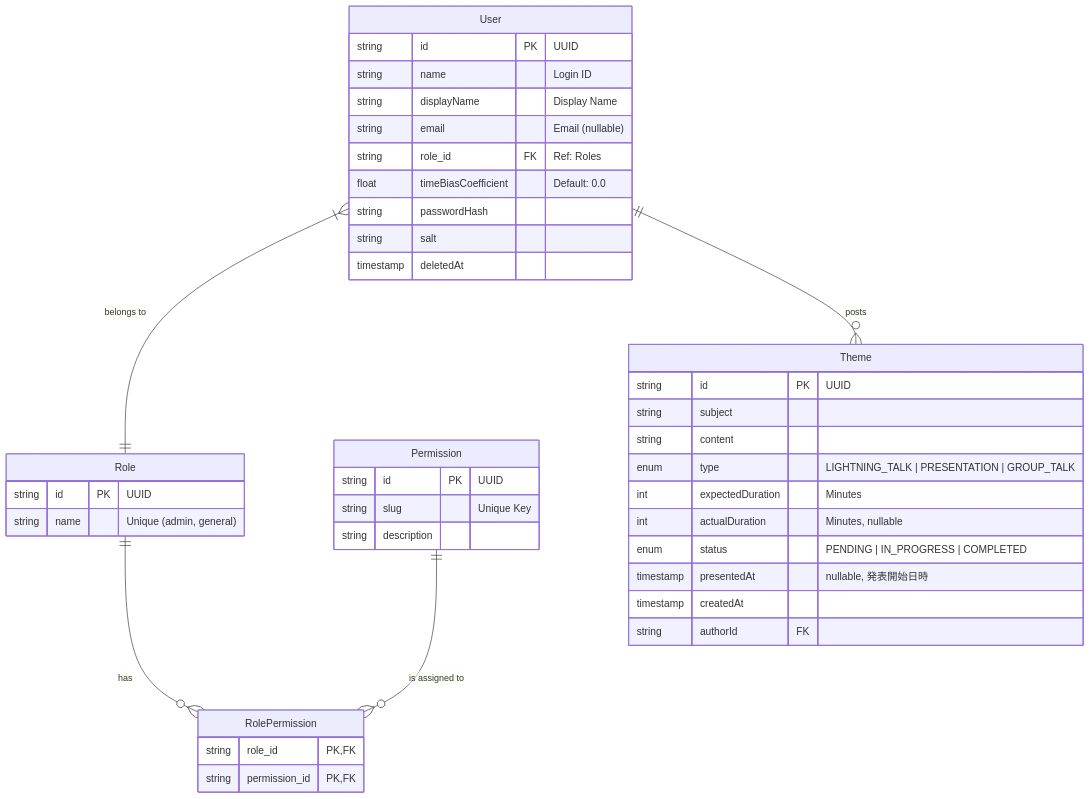
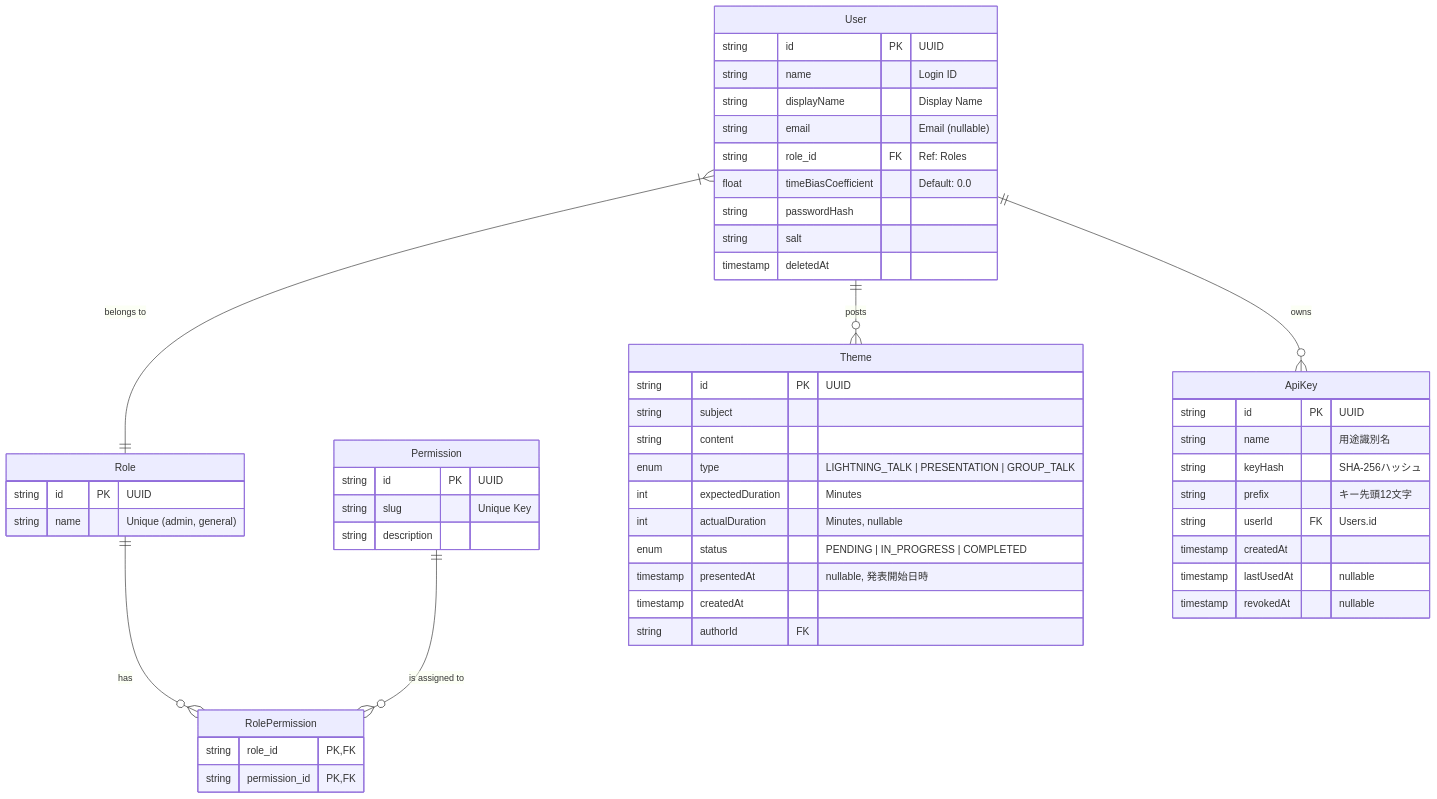
The diagram in doc/design.md (SaKaneko/omikuji-gum-talk-next), drawn with Mermaid before and after one commit. The commit also changed other lines of this file and 11 other files, not shown here.

````diff
--- a/doc/design.md
+++ b/doc/design.md
@@ -31,44 +31,55 @@
 ```mermaid
 erDiagram
     User }|--|| Role : "belongs to"
     Role ||--o{ RolePermission : "has"
     Permission ||--o{ RolePermission : "is assigned to"
     User ||--o{ Theme : "posts"
+    User ||--o{ ApiKey : "owns"
 
     User {
         string id PK "UUID"
         string name "Login ID"
         string displayName "Display Name"
         string email "Email (nullable)"
         string role_id FK "Ref: Roles"
         float timeBiasCoefficient "Default: 0.0"
         string passwordHash
         string salt
         timestamp deletedAt
     }
     Role {
         string id PK "UUID"
         string name "Unique (admin, general)"
     }
     Permission {
         string id PK "UUID"
         string slug "Unique Key"
         string description
     }
     RolePermission {
         string role_id PK, FK
         string permission_id PK, FK
     }
     Theme {
         string id PK "UUID"
         string subject
         string content
         enum type "LIGHTNING_TALK | PRESENTATION | GROUP_TALK"
         int expectedDuration "Minutes"
         int actualDuration "Minutes, nullable"
         enum status "PENDING | IN_PROGRESS | COMPLETED"
         timestamp presentedAt "nullable, 発表開始日時"
         timestamp createdAt
         string authorId FK
     }
+    ApiKey {
+        string id PK "UUID"
+        string name "用途識別名"
+        string keyHash "SHA-256ハッシュ"
+        string prefix "キー先頭12文字"
+        string userId FK "Users.id"
+        timestamp createdAt
+        timestamp lastUsedAt "nullable"
+        timestamp revokedAt "nullable"
+    }
 ```
````
